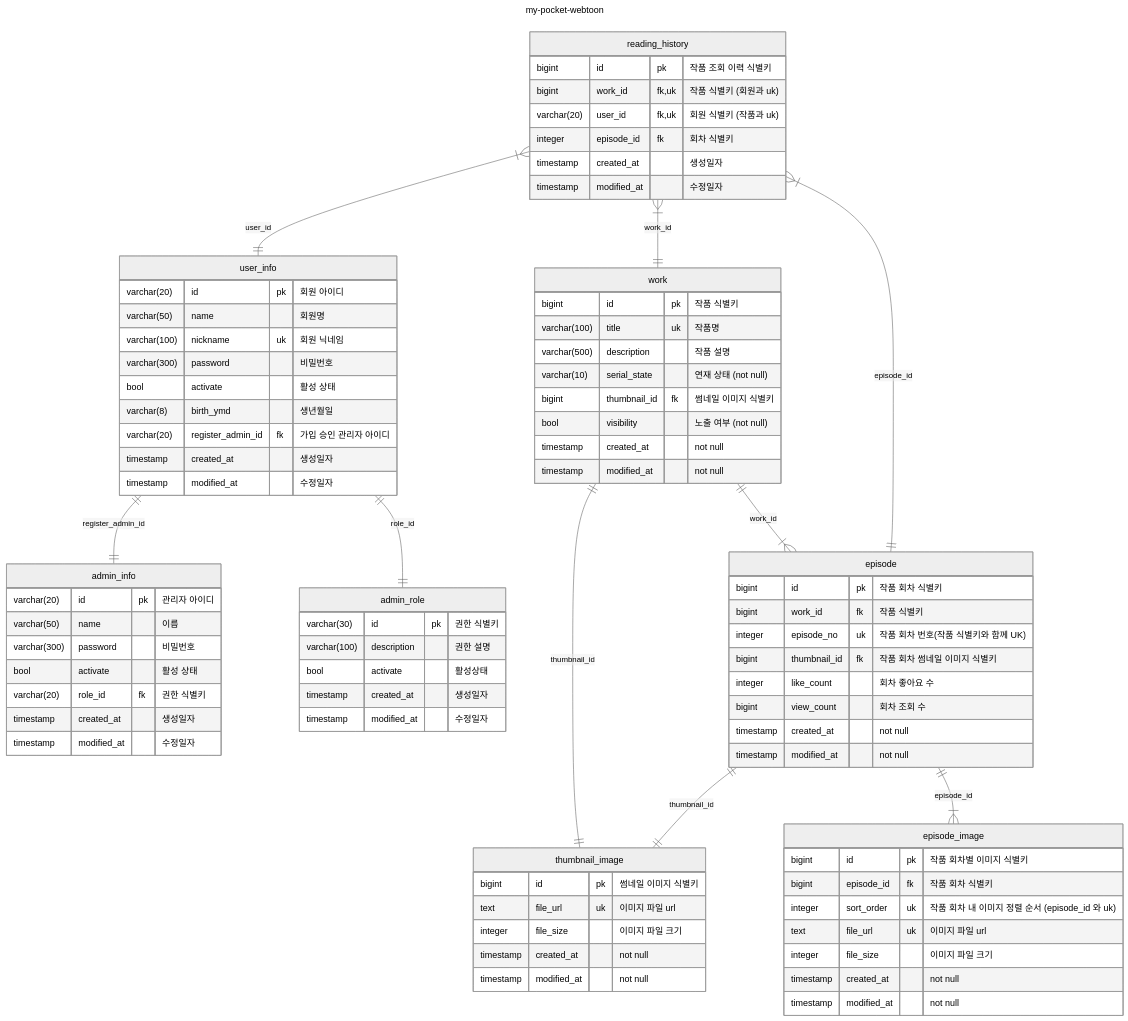
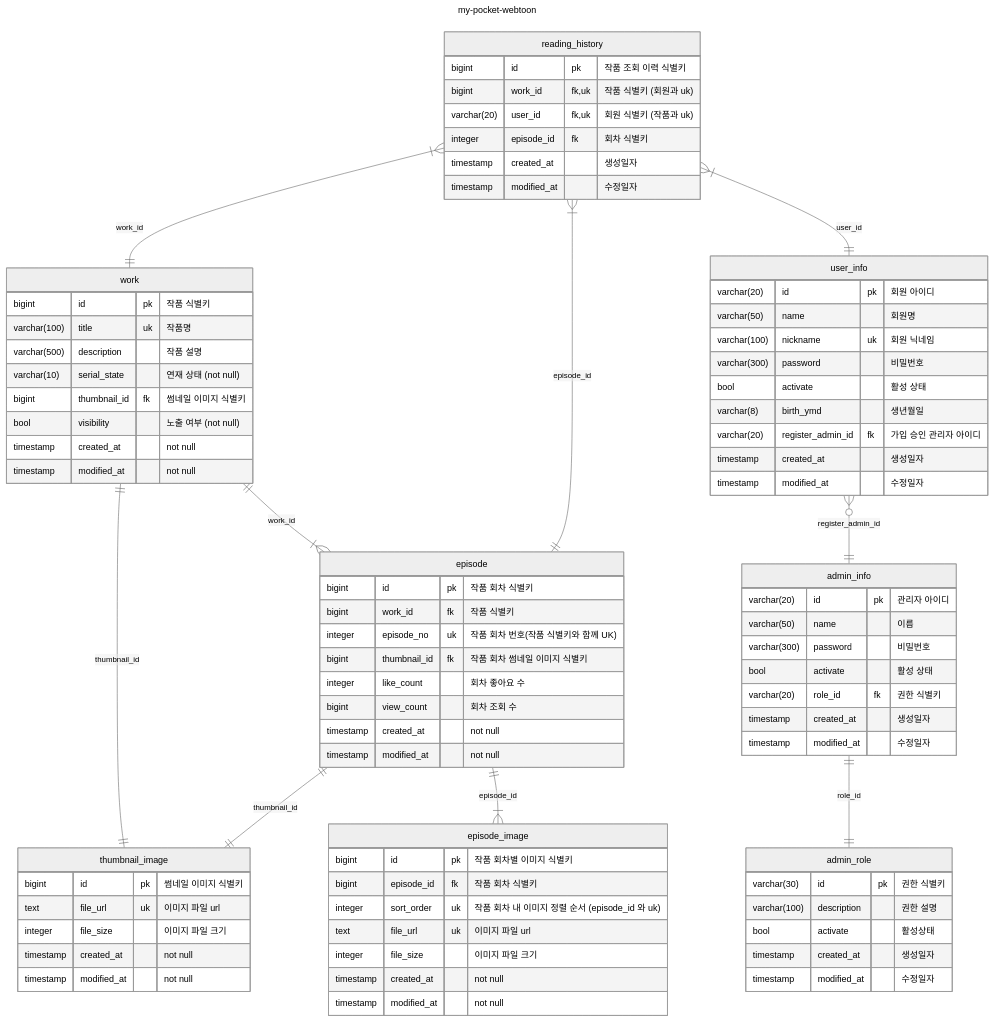
The diagram in admin-api/README.md (GuardJo/my-pocket-webtoon-admin), drawn with Mermaid (neutral theme) before and after one commit.

Commit message:
[BO] #5 ERD 오류 수정
- README 내 작성 ERD내 일부 맞지 않는 부분 수정

```diff
--- a/admin-api/README.md
+++ b/admin-api/README.md
@@ -103,8 +103,9 @@
 episode ||--|| thumbnail_image: "thumbnail_id"
 episode ||--|{ episode_image: "episode_id"
 
-user_info ||--|| admin_info: "register_admin_id"
-user_info ||--|| admin_role: "role_id"
+user_info }o--|| admin_info: "register_admin_id"
+
+admin_info ||--|| admin_role: "role_id"
 
 reading_history }|--|| work: "work_id"
 reading_history }|--|| user_info: "user_id"
```
